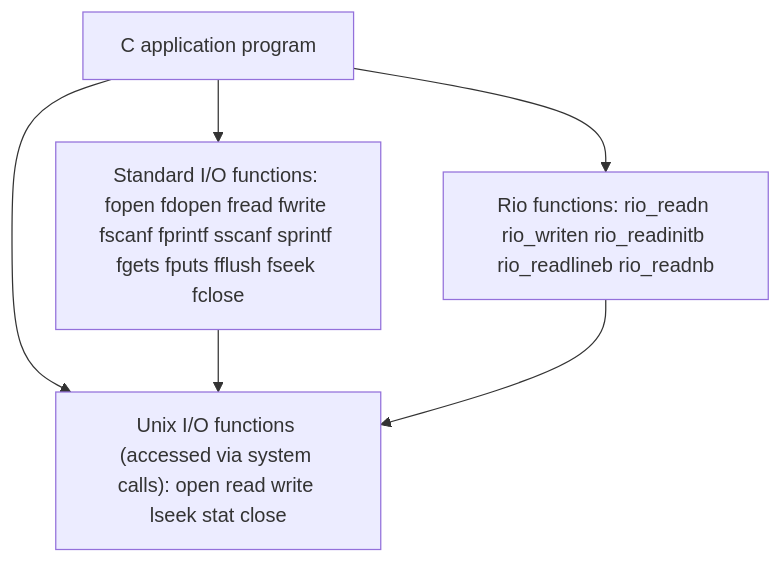
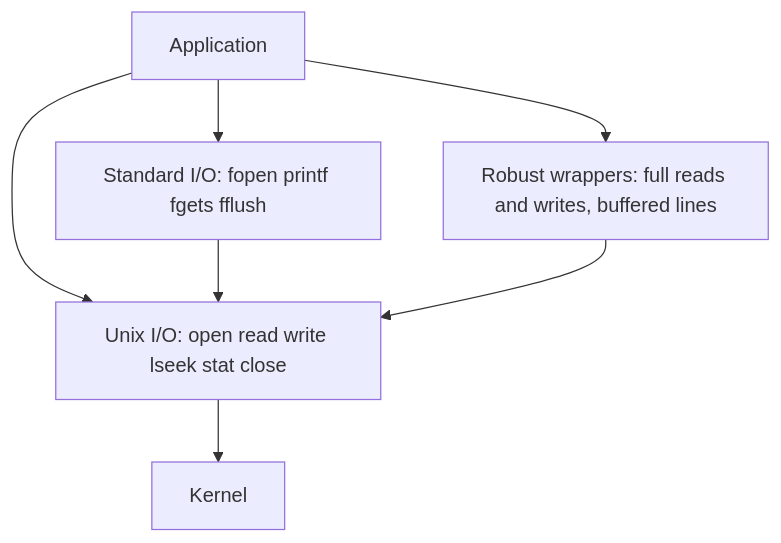
Before and after one commit to alvinnew100/grand-line-study-guide: the fourth of 4 diagrams in src/csapp/lessons/28-file-sharing.md, drawn with Mermaid. The commit also changed other lines of this file and 47 other files, not shown here.

````diff
--- a/src/csapp/lessons/28-file-sharing.md
+++ b/src/csapp/lessons/28-file-sharing.md
@@ -219,8 +286,9 @@
 ```mermaid
-graph TB
-  APP[C application program] --> STD["Standard I/O functions: fopen fdopen fread fwrite fscanf fprintf sscanf sprintf fgets fputs fflush fseek fclose"]
-  APP --> RIO["Rio functions: rio_readn rio_writen rio_readinitb rio_readlineb rio_readnb"]
-  APP --> UNIX
-  STD --> UNIX["Unix I/O functions (accessed via system calls): open read write lseek stat close"]
-  RIO --> UNIX
+flowchart TD
+    App[Application] --> Std[Standard I/O: fopen printf fgets fflush]
+    App --> Rob[Robust wrappers: full reads and writes, buffered lines]
+    App --> Raw[Unix I/O: open read write lseek stat close]
+    Std --> Raw
+    Rob --> Raw
+    Raw --> K[Kernel]
 ```
````
